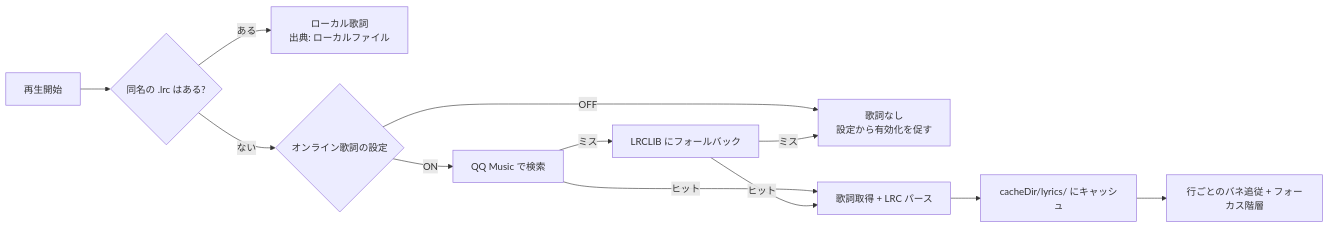
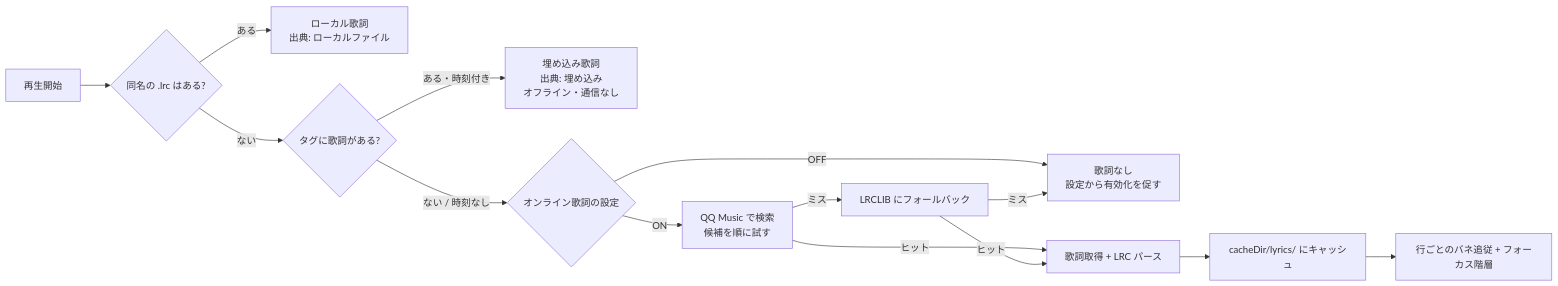
The first of 2 diagrams in README.ja.md (Sanye223/Melody-Retro), drawn with Mermaid before and after one commit. The commit also changed other lines of this file and 13 other files, not shown here.

````diff
--- a/README.ja.md
+++ b/README.ja.md
@@ -88,14 +89,16 @@
 ```mermaid
 flowchart LR
     A[再生開始] --> B{"同名の .lrc はある?"}
     B -->|ある| C["ローカル歌詞<br/>出典: ローカルファイル"]
-    B -->|ない| D{オンライン歌詞の設定}
+    B -->|ない| K{"タグに歌詞がある?"}
+    K -->|ある・時刻付き| L["埋め込み歌詞<br/>出典: 埋め込み<br/>オフライン・通信なし"]
+    K -->|ない / 時刻なし| D{オンライン歌詞の設定}
     D -->|OFF| E["歌詞なし<br/>設定から有効化を促す"]
-    D -->|ON| F[QQ Music で検索]
+    D -->|ON| F["QQ Music で検索<br/>候補を順に試す"]
     F -->|ヒット| G[歌詞取得 + LRC パース]
     F -->|ミス| H[LRCLIB にフォールバック]
     H -->|ヒット| G
     H -->|ミス| E
     G --> I["cacheDir/lyrics/ にキャッシュ"]
     I --> J[行ごとのバネ追従 + フォーカス階層]
 ```
````
